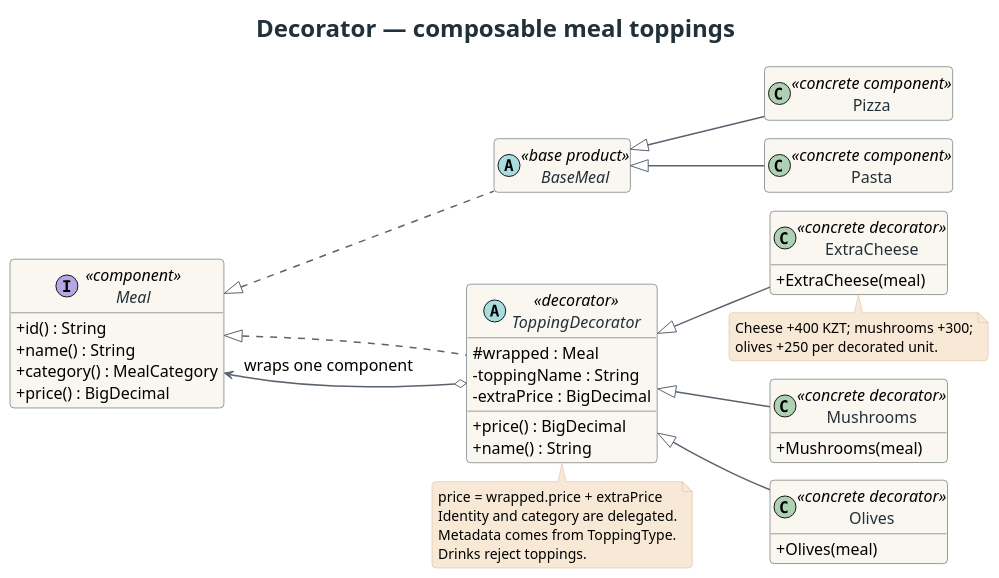
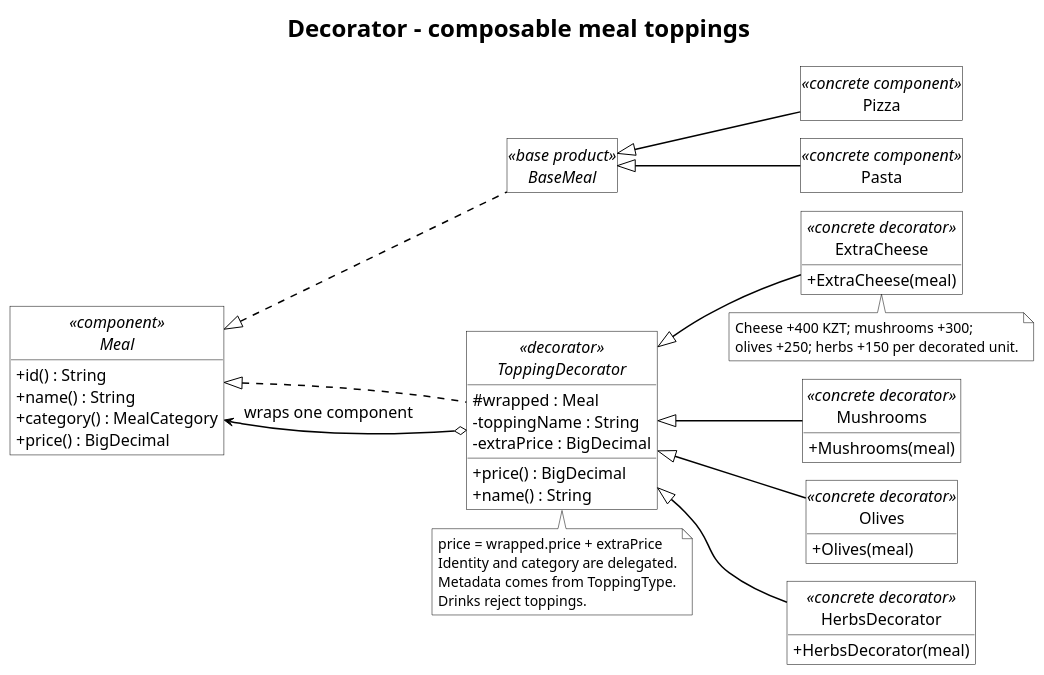
Before and after one commit to ANAYSSA/Final-Project-SDP: the diagram in docs/uml/decorator.puml, drawn with PlantUML. The commit also changed 49 other files, not shown here.

```diff
--- a/docs/uml/decorator.puml
+++ b/docs/uml/decorator.puml
@@ -1,69 +1,76 @@
 @startuml
 !pragma layout smetana
 skinparam backgroundColor #FFFFFF
+skinparam monochrome true
+skinparam defaultFontColor #000000
+hide circle
 skinparam shadowing false
-skinparam roundcorner 8
+skinparam roundcorner 0
 skinparam defaultFontName SansSerif
 skinparam defaultFontSize 16
-skinparam ArrowColor #59636E
+skinparam ArrowColor #000000
 skinparam ArrowThickness 1.5
 skinparam classAttributeIconSize 0
-skinparam classBackgroundColor #FAF7F0
-skinparam classBorderColor #314047
-skinparam classFontColor #223139
-skinparam stereotypeFontColor #9A4F28
-skinparam noteBackgroundColor #F8E9D6
-skinparam noteBorderColor #D8B794
+skinparam classBackgroundColor #FFFFFF
+skinparam classBorderColor #000000
+skinparam classFontColor #000000
+skinparam stereotypeFontColor #000000
+skinparam noteBackgroundColor #FFFFFF
+skinparam noteBorderColor #000000
 skinparam noteFontSize 14
 skinparam titleFontSize 24
-skinparam titleFontColor #223139
+skinparam titleFontColor #000000
 skinparam packageStyle rectangle
 skinparam packageBackgroundColor #FFFFFF
-skinparam packageBorderColor #C8CED1
+skinparam packageBorderColor #000000
 hide empty members
-title Decorator — composable meal toppings
+title Decorator - composable meal toppings
 left to right direction
 interface Meal <<component>> {
   + id() : String
   + name() : String
   + category() : MealCategory
   + price() : BigDecimal
 }
 abstract class BaseMeal <<base product>>
 class Pizza <<concrete component>>
 class Pasta <<concrete component>>
 abstract class ToppingDecorator <<decorator>> {
   # wrapped : Meal
   - toppingName : String
   - extraPrice : BigDecimal
   + price() : BigDecimal
   + name() : String
 }
 class ExtraCheese <<concrete decorator>> {
   + ExtraCheese(meal)
 }
 class Mushrooms <<concrete decorator>> {
   + Mushrooms(meal)
 }
 class Olives <<concrete decorator>> {
   + Olives(meal)
 }
+class HerbsDecorator <<concrete decorator>> {
+  + HerbsDecorator(meal)
+}
 Meal <|.. BaseMeal
 BaseMeal <|-- Pizza
 BaseMeal <|-- Pasta
 Meal <|.. ToppingDecorator
 ToppingDecorator o--> Meal : wraps one component
 ToppingDecorator <|-- ExtraCheese
 ToppingDecorator <|-- Mushrooms
 ToppingDecorator <|-- Olives
+ToppingDecorator <|-- HerbsDecorator
 note bottom of ToppingDecorator
 price = wrapped.price + extraPrice
 Identity and category are delegated.
 Metadata comes from ToppingType.
 Drinks reject toppings.
 end note
 note bottom of ExtraCheese
 Cheese +400 KZT; mushrooms +300;
-olives +250 per decorated unit.
+olives +250; herbs +150 per decorated unit.
 end note
 @enduml
```
